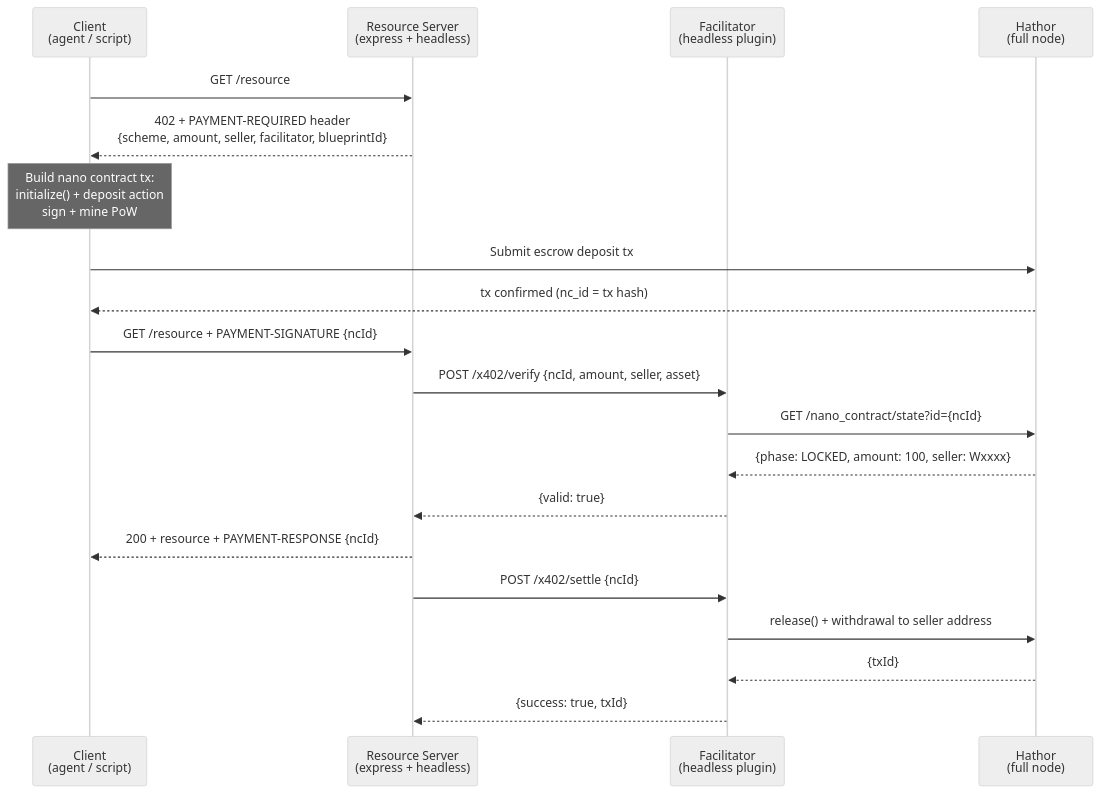
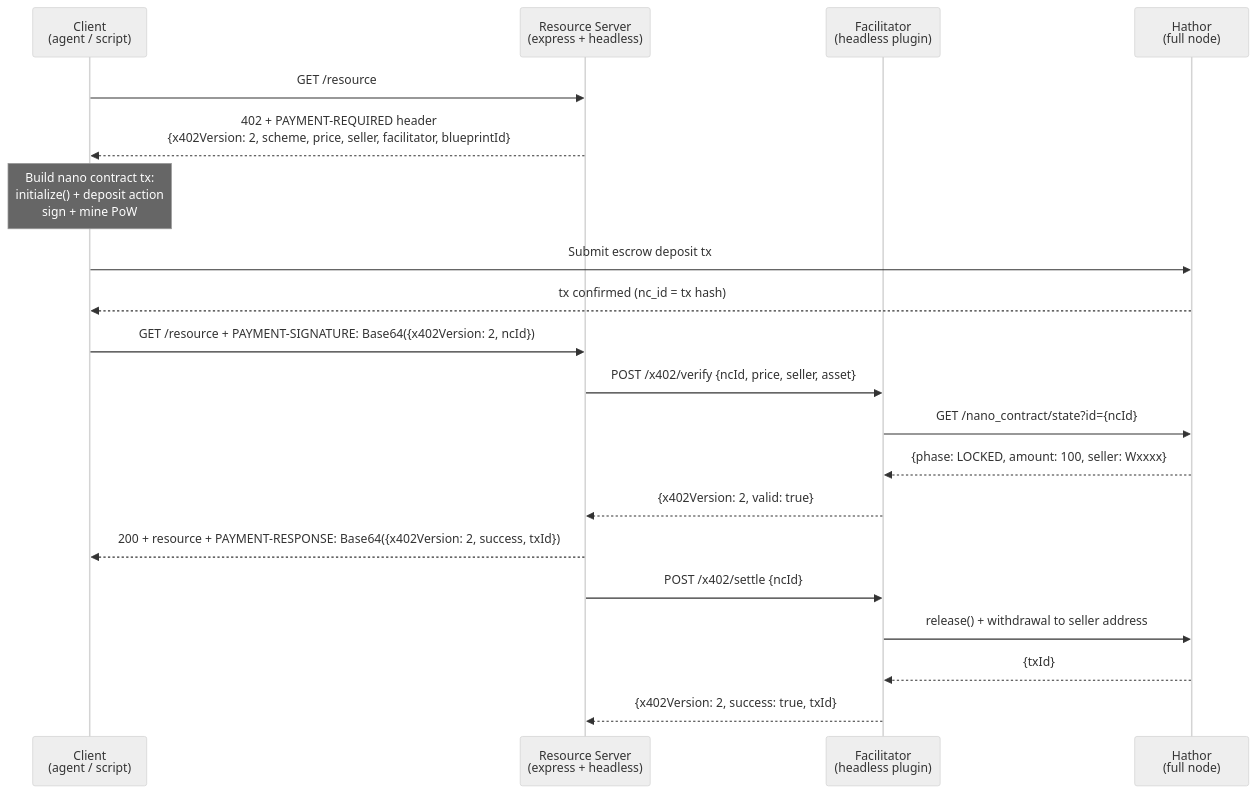
The fourth of 8 diagrams in projects/x402/0001-x402-support.md (HathorNetwork/rfcs), drawn with Mermaid (neutral theme) before and after one commit. The commit also changed other lines of this file, not shown here.

````diff
--- a/projects/x402/0001-x402-support.md
+++ b/projects/x402/0001-x402-support.md
@@ -427,29 +427,29 @@
 ```mermaid
 sequenceDiagram
     participant C as Client<br/>(agent / script)
     participant S as Resource Server<br/>(express + headless)
     participant F as Facilitator<br/>(headless plugin)
     participant H as Hathor<br/>(full node)
 
     C->>S: GET /resource
-    S-->>C: 402 + PAYMENT-REQUIRED header<br/>{scheme, amount, seller, facilitator, blueprintId}
+    S-->>C: 402 + PAYMENT-REQUIRED header<br/>{x402Version: 2, scheme, price, seller, facilitator, blueprintId}
 
     Note over C: Build nano contract tx:<br/>initialize() + deposit action<br/>sign + mine PoW
 
     C->>H: Submit escrow deposit tx
     H-->>C: tx confirmed (nc_id = tx hash)
 
-    C->>S: GET /resource + PAYMENT-SIGNATURE {ncId}
+    C->>S: GET /resource + PAYMENT-SIGNATURE: Base64({x402Version: 2, ncId})
 
-    S->>F: POST /x402/verify {ncId, amount, seller, asset}
+    S->>F: POST /x402/verify {ncId, price, seller, asset}
     F->>H: GET /nano_contract/state?id={ncId}
     H-->>F: {phase: LOCKED, amount: 100, seller: Wxxxx}
-    F-->>S: {valid: true}
+    F-->>S: {x402Version: 2, valid: true}
 
-    S-->>C: 200 + resource + PAYMENT-RESPONSE {ncId}
+    S-->>C: 200 + resource + PAYMENT-RESPONSE: Base64({x402Version: 2, success, txId})
 
     S->>F: POST /x402/settle {ncId}
     F->>H: release() + withdrawal to seller address
     H-->>F: {txId}
-    F-->>S: {success: true, txId}
+    F-->>S: {x402Version: 2, success: true, txId}
 ```
````
